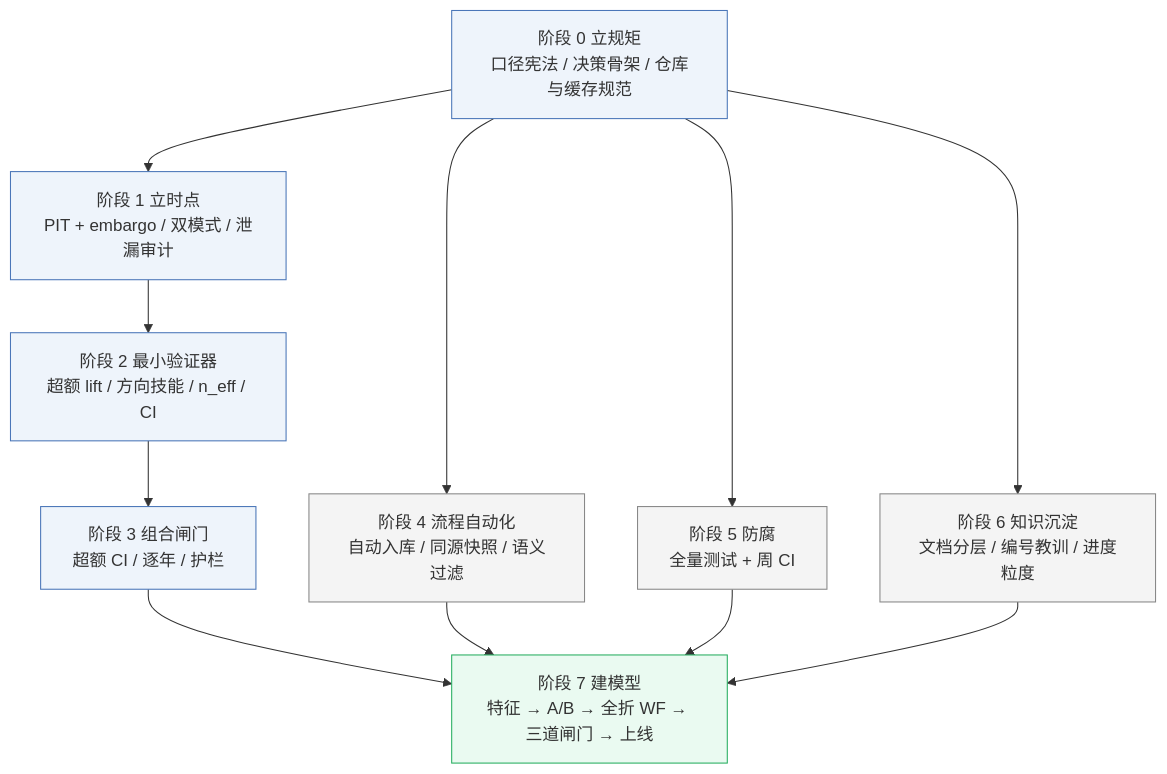
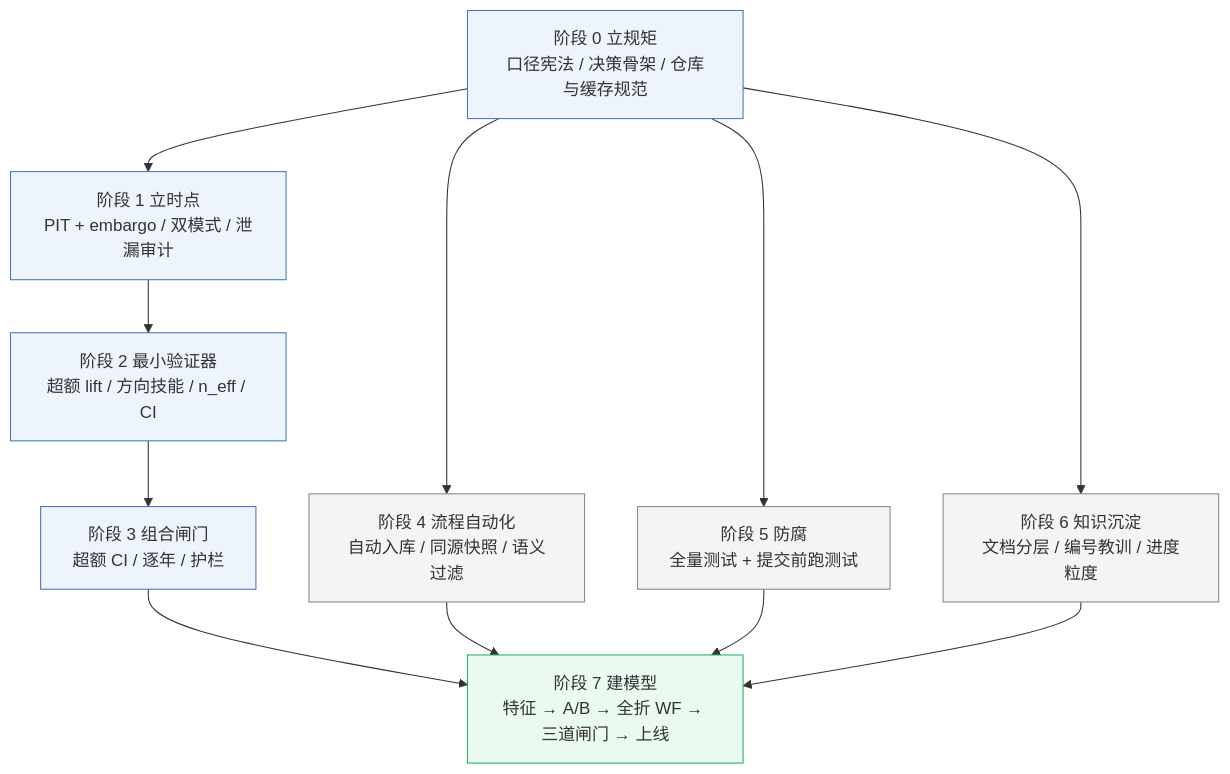
The fourth of 6 diagrams in docs/QUANT_SYSTEM_METHODOLOGY.md (wonglaitung/fortune), drawn with Mermaid before and after one commit. The commit also changed other lines of this file and 11 other files, not shown here.

````diff
--- a/docs/QUANT_SYSTEM_METHODOLOGY.md
+++ b/docs/QUANT_SYSTEM_METHODOLOGY.md
@@ -542,27 +542,27 @@
 ```mermaid
 flowchart TD
     S0["阶段 0 立规矩<br/>口径宪法 / 决策骨架 / 仓库与缓存规范"]
     S1["阶段 1 立时点<br/>PIT + embargo / 双模式 / 泄漏审计"]
     S2["阶段 2 最小验证器<br/>超额 lift / 方向技能 / n_eff / CI"]
     S3["阶段 3 组合闸门<br/>超额 CI / 逐年 / 护栏"]
     S4["阶段 4 流程自动化<br/>自动入库 / 同源快照 / 语义过滤"]
-    S5["阶段 5 防腐<br/>全量测试 + 周 CI"]
+    S5["阶段 5 防腐<br/>全量测试 + 提交前跑测试"]
     S6["阶段 6 知识沉淀<br/>文档分层 / 编号教训 / 进度粒度"]
     S7["阶段 7 建模型<br/>特征 → A/B → 全折 WF → 三道闸门 → 上线"]
 
     S0 --> S1 --> S2 --> S3
     S0 --> S4
     S0 --> S5
     S0 --> S6
     S3 --> S7
     S4 --> S7
     S5 --> S7
     S6 --> S7
 
     classDef core fill:#eef4fb,stroke:#4a76b8
     classDef side fill:#f4f4f4,stroke:#888
     classDef final fill:#eafaf1,stroke:#27ae60
     class S0,S1,S2,S3 core
     class S4,S5,S6 side
     class S7 final
 ```
````
